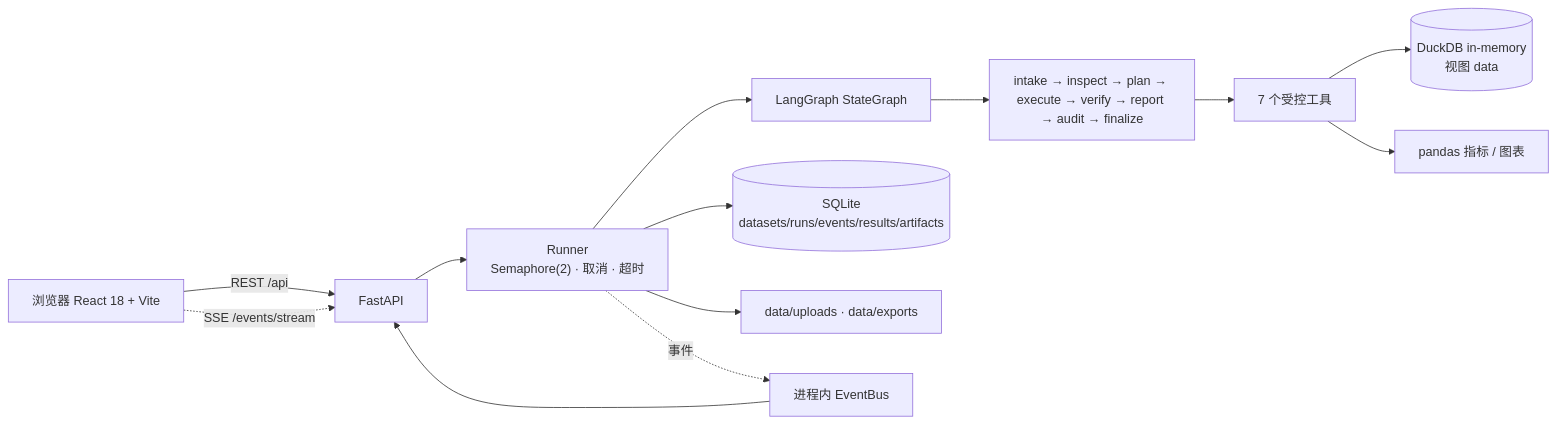
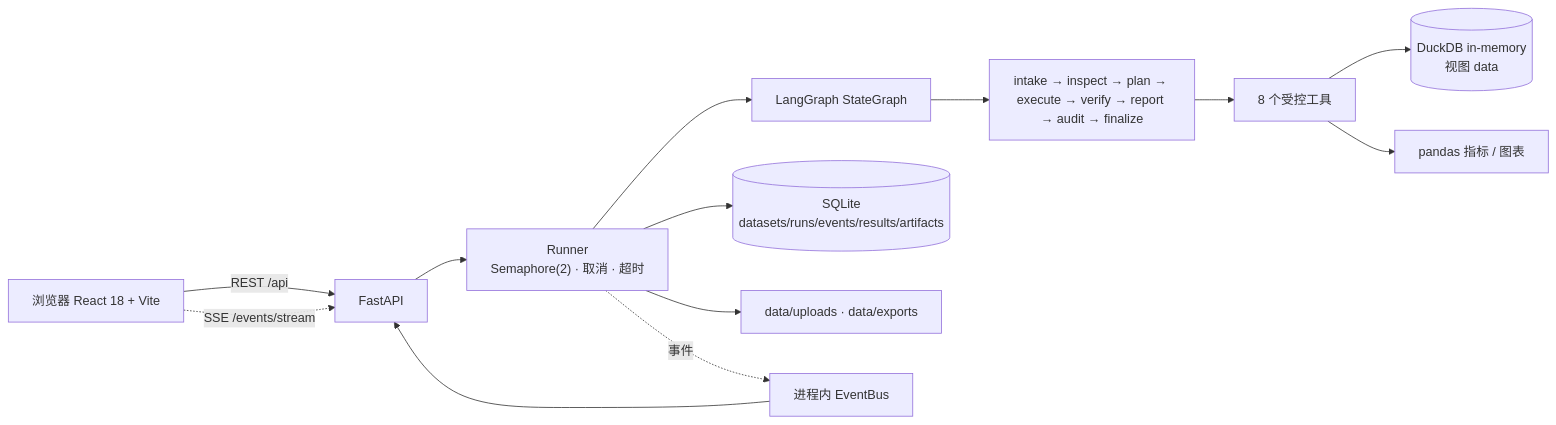
The first of 2 diagrams in README.md (yang-787878/MetricMind), drawn with Mermaid before and after one commit. The commit also changed other lines of this file and 9 other files, not shown here.

````diff
--- a/README.md
+++ b/README.md
@@ -157,15 +157,15 @@
 ```mermaid
 flowchart LR
   B[浏览器 React 18 + Vite] -- REST /api --> F[FastAPI]
   B -. SSE /events/stream .-> F
   F --> R["Runner<br/>Semaphore(2) · 取消 · 超时"]
   R --> G[LangGraph StateGraph]
   G --> N[intake → inspect → plan → execute → verify → report → audit → finalize]
-  N --> T[7 个受控工具]
+  N --> T[8 个受控工具]
   T --> D[(DuckDB in-memory<br/>视图 data)]
   T --> P[pandas 指标 / 图表]
   R --> S[(SQLite<br/>datasets/runs/events/results/artifacts)]
   R --> FS[data/uploads · data/exports]
   R -. 事件 .-> BUS[进程内 EventBus]
   BUS --> F
 ```
````
